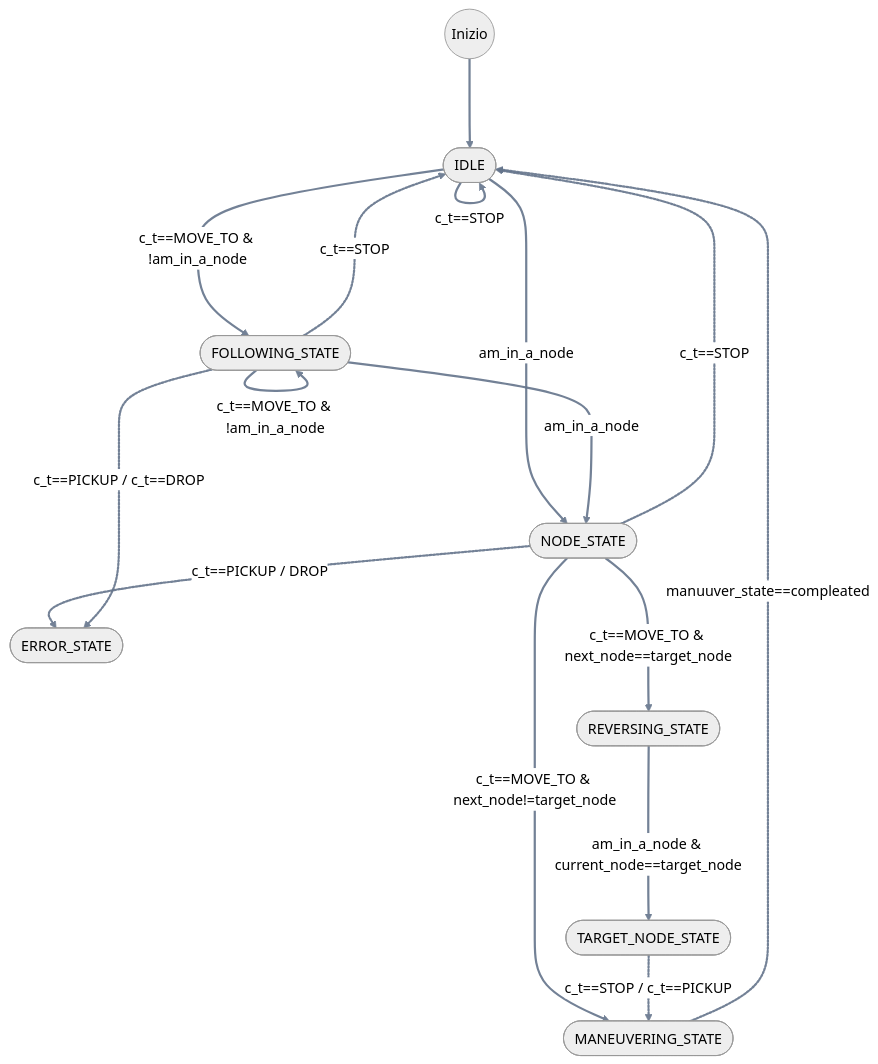
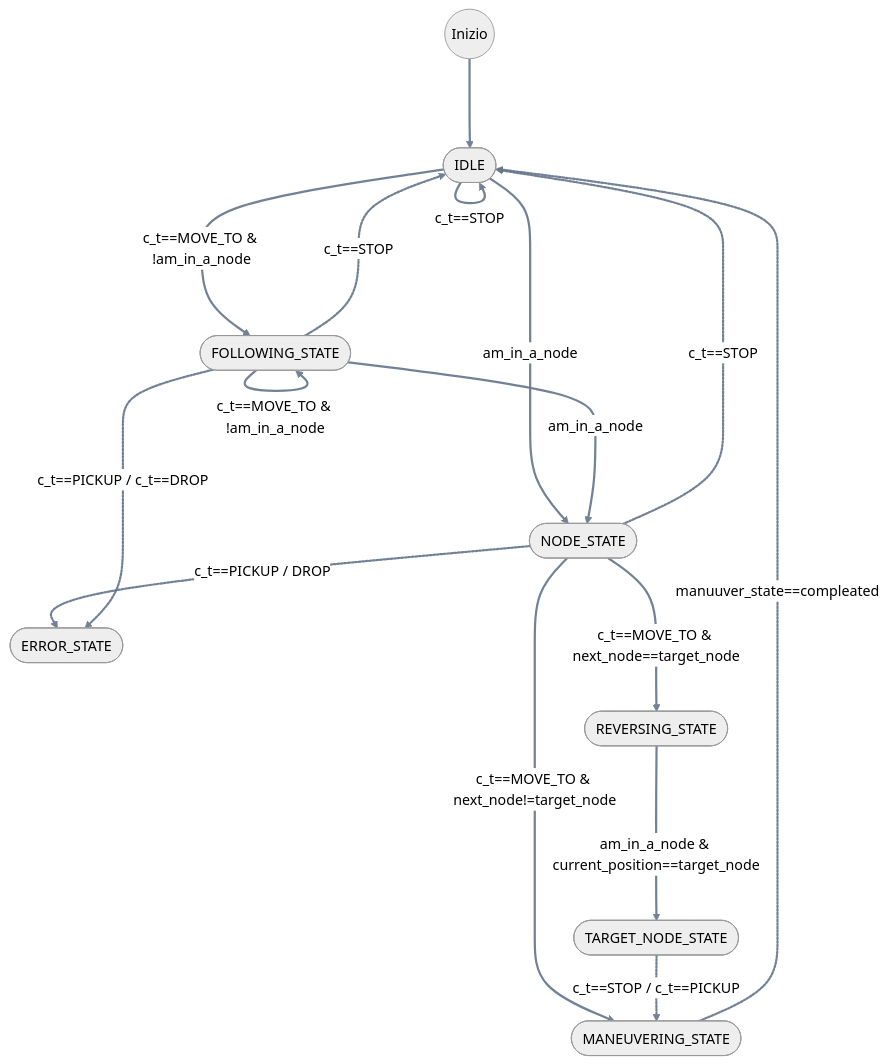
One commit to NadiaMuzyka/agv_real changed the diagram in docs/fsm.mmd. Above: the diagram before and after it, drawn with Mermaid (neutral theme). The commit also changed 7 other files, not shown here.

Commit message:
fix: update variable names from current_node to current_position for consistency across controllers

```diff
--- a/docs/fsm.mmd
+++ b/docs/fsm.mmd
@@ -1,59 +1,59 @@
 %%{init: {"state": {"rankSpacing": 140, "nodeSpacing": 140}, "flowchart": {"curve": "basis"}}}%%
 graph TD
     %% ==========================================
     %% DEFINIZIONE DEGLI STATI (Nodi)
     %% ==========================================
     START((Inizio))
     
     IDLE([IDLE])
     NODE([NODE_STATE])
     MANEUVER([MANEUVERING_STATE])
     REVERSE([REVERSING_STATE])
     FOLLOW([FOLLOWING_STATE])
     TARGET([TARGET_NODE_STATE])
     ERR([ERROR_STATE])
 
     %% ==========================================
     %% ARCHI USCENTI DA: START
     %% ==========================================
     START ---> IDLE
 
     %% ==========================================
     %% ARCHI USCENTI DA: IDLE
     %% ==========================================
     IDLE -->|c_t==STOP| IDLE
     IDLE --->|am_in_a_node| NODE
     IDLE --->|c_t==MOVE_TO & !am_in_a_node| FOLLOW
 
     %% ==========================================
     %% ARCHI USCENTI DA: NODE_STATE
     %% ==========================================
     NODE --->|c_t==MOVE_TO & next_node!=target_node| MANEUVER
     NODE --->|c_t==MOVE_TO & next_node==target_node| REVERSE
     NODE -.->|c_t==STOP| IDLE
     NODE -.->|c_t==PICKUP / DROP| ERR
 
     %% ==========================================
     %% ARCHI USCENTI DA: FOLLOWING_STATE
     %% ==========================================
     FOLLOW -->|c_t==MOVE_TO & !am_in_a_node| FOLLOW
     FOLLOW --->|am_in_a_node| NODE
     FOLLOW -.->|c_t==STOP| IDLE
     FOLLOW -.->|c_t==PICKUP / c_t==DROP| ERR
 
     %% ==========================================
     %% ARCHI USCENTI DA: MANEUVERING_STATE
     %% ==========================================
     MANEUVER -..->|manuuver_state==compleated| IDLE
 
     %% ==========================================
     %% ARCHI USCENTI DA: REVERSING_STATE
     %% ==========================================
-    REVERSE --->|am_in_a_node & current_node==target_node| TARGET
+    REVERSE --->|am_in_a_node & current_position==target_node| TARGET
 
     %% ==========================================
     %% ARCHI USCENTI DA: TARGET_NODE_STATE
     %% ==========================================
     TARGET -.->|c_t==STOP / c_t==PICKUP| MANEUVER
 
     linkStyle default stroke:#64748b,stroke-width:2.5px,stroke-linecap:round,stroke-linejoin:round,opacity:0.9;
```
